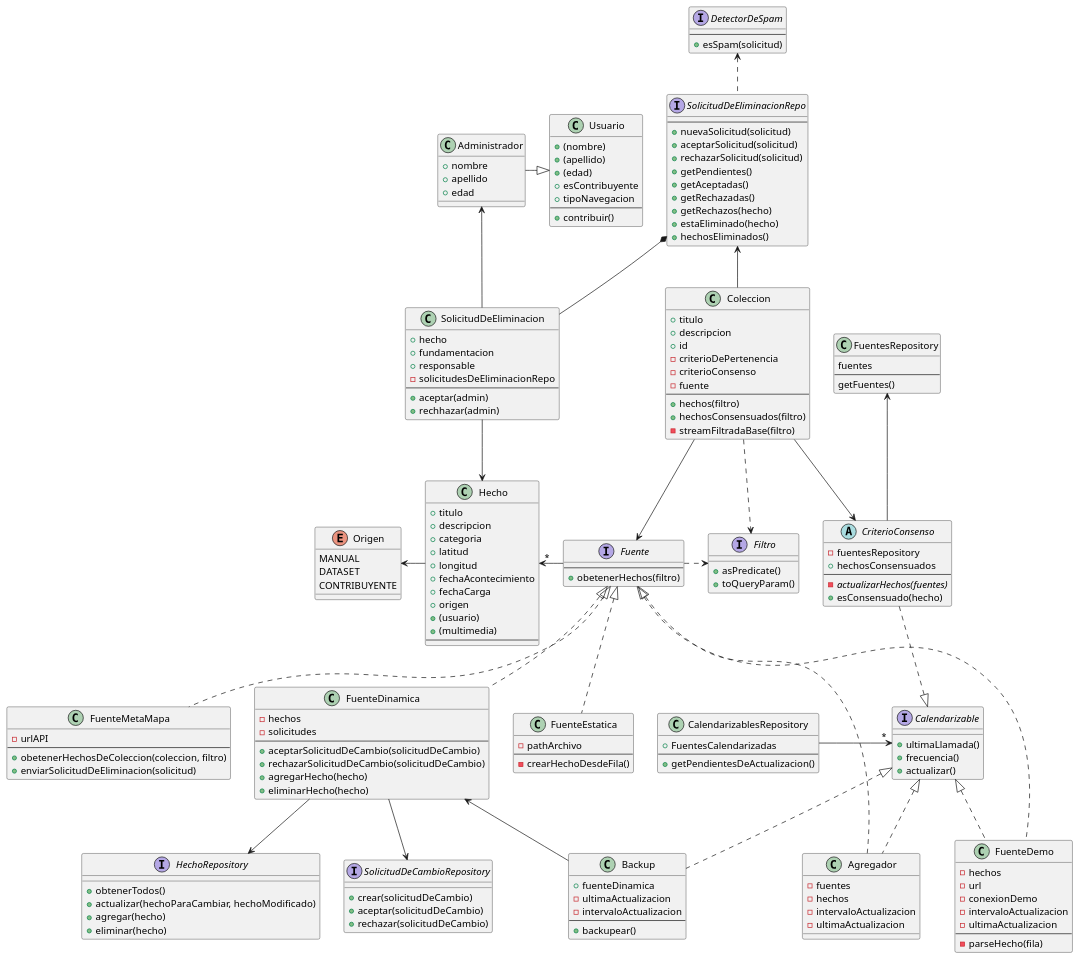
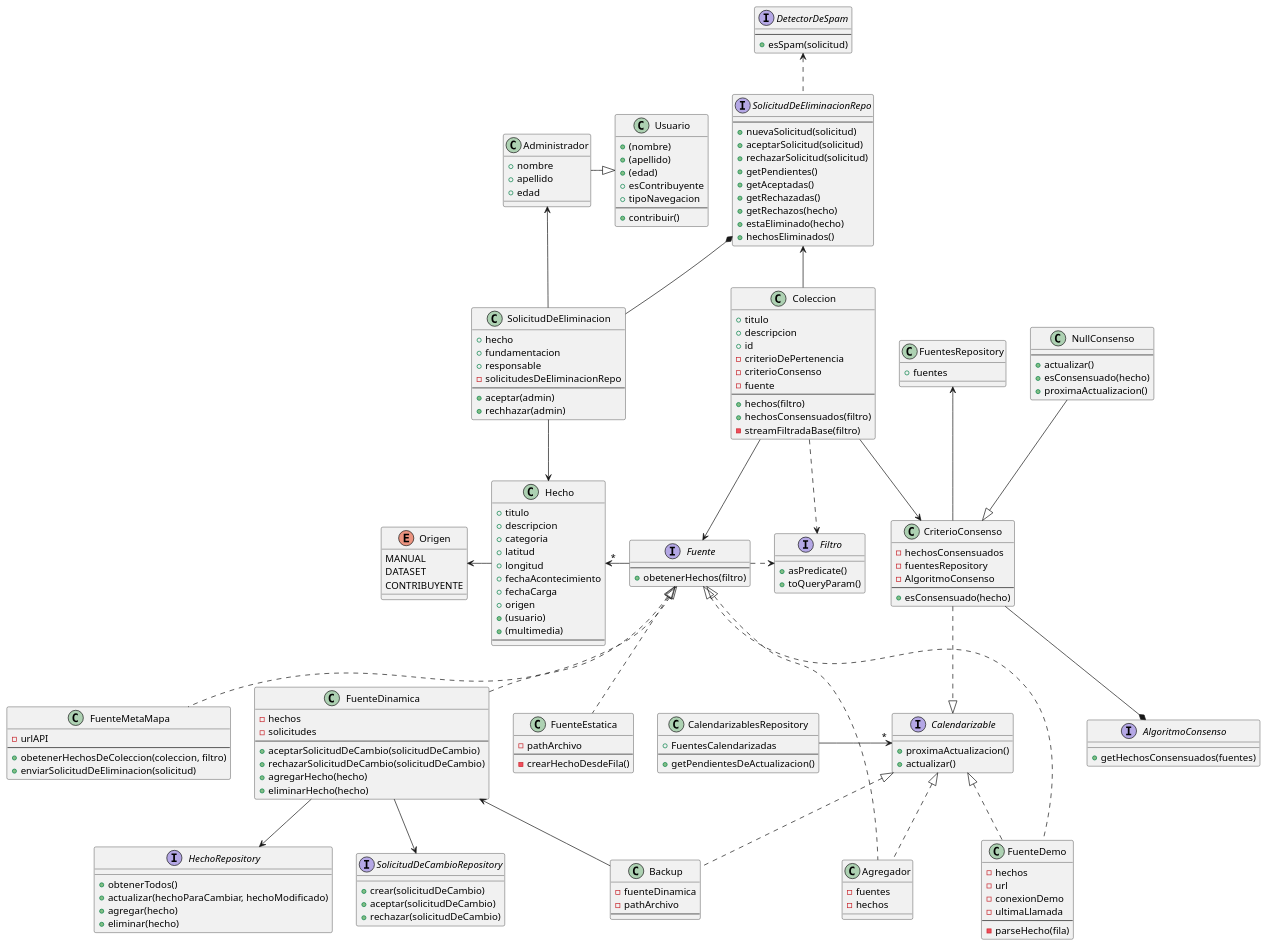
Before and after one commit to lrizzitano/Metamapa: the diagram in diagramas/diagrama-clases.puml, drawn with PlantUML.

Commit message:
Actualizo diagrama

```diff
--- a/diagramas/diagrama-clases.puml
+++ b/diagramas/diagrama-clases.puml
@@ -58,26 +58,33 @@
     -streamFiltradaBase(filtro)
 }
 
-abstract class CriterioConsenso {
+class CriterioConsenso {
+    -hechosConsensuados
     -fuentesRepository
-    +hechosConsensuados
+    -AlgoritmoConsenso
     --
-    -actualizarHechos(fuentes) {abstract}
     +esConsensuado(hecho)
 }
 
+class NullConsenso {
+    --
+    +actualizar()
+    +esConsensuado(hecho)
+    +proximaActualizacion()
+}
+
+interface AlgoritmoConsenso {
+    +getHechosConsensuados(fuentes)
+}
+
 class Backup {
-    +fuenteDinamica
-    -ultimaActualizacion
-    -intervaloActualizacion
+    -fuenteDinamica
+    -pathArchivo
     --
-    +backupear()
 }
 
 class FuentesRepository {
-    fuentes
-    --
-    getFuentes()
+    +fuentes
 }
 
 interface Fuente {
@@ -143,8 +150,7 @@
     -hechos
     -url
     -conexionDemo
-    -intervaloActualizacion
-    -ultimaActualizacion
+    -ultimaLlamada
     --
     -parseHecho(fila)
 }
@@ -163,16 +169,13 @@
 }
 
 interface Calendarizable {
-    +ultimaLlamada()
-    +frecuencia()
+    +proximaActualizacion()
     +actualizar()
 }
 
 class Agregador {
     -fuentes
     -hechos
-    -intervaloActualizacion
-    -ultimaActualizacion
 }
 
 Administrador -r-|> Usuario
@@ -198,6 +201,8 @@
 
 CriterioConsenso ..|> Calendarizable
 CriterioConsenso -u-> FuentesRepository
+CriterioConsenso --* AlgoritmoConsenso
+NullConsenso --|> CriterioConsenso
 
 Agregador .u.|> Calendarizable
 
```
